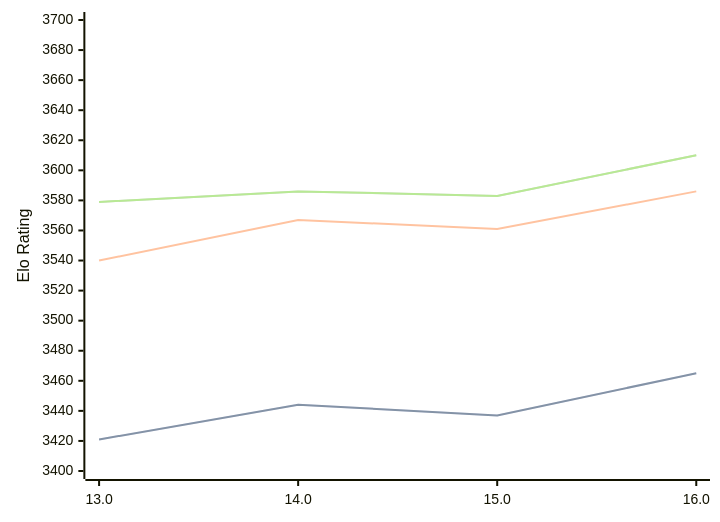
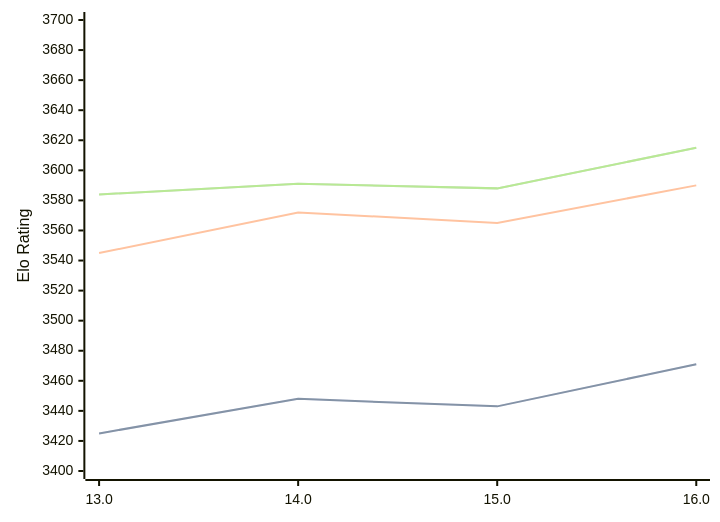
One commit to computer-chess-index/cci changed the diagram in engines/Obsidian.md. Above: the diagram before and after it, drawn with Mermaid. The commit also changed other lines of this file, not shown here.

Commit message:
Update CCI Ratings (ELO VLTC) - 2026-04-14

````diff
--- a/engines/Obsidian.md
+++ b/engines/Obsidian.md
@@ -43,11 +43,11 @@
 ```mermaid
 %%{init: {"theme":"base","themeVariables":{"seriesColors:['#a3a3a3','#222221','#faa371']}}}%%
 xychart-beta
   x-axis ["13.0", "14.0", "15.0", "16.0"]
   y-axis "Elo Rating" 3400 --> 3700
-  line "STC (8.0+0.08s)" [3421, 3444, 3437, 3465]
-  line "STC (8.0+0.08s)" [3421, 3444, 3437, 3465]
-  line "LTC (60.0+0.60s)" [3540, 3567, 3561, 3586]
-  line "VLTC (2m24s+1.12s)" [3579, 3586, 3583, 3610]
-  line "VLTC (2m24s+1.12s)" [3579, 3586, 3583, 3610]
+  line "STC (8.0+0.08s)" [3425, 3448, 3443, 3471]
+  line "STC (8.0+0.08s)" [3425, 3448, 3443, 3471]
+  line "LTC (60.0+0.60s)" [3545, 3572, 3565, 3590]
+  line "VLTC (2m24s+1.12s)" [3584, 3591, 3588, 3615]
+  line "VLTC (2m24s+1.12s)" [3584, 3591, 3588, 3615]
 ```
````
